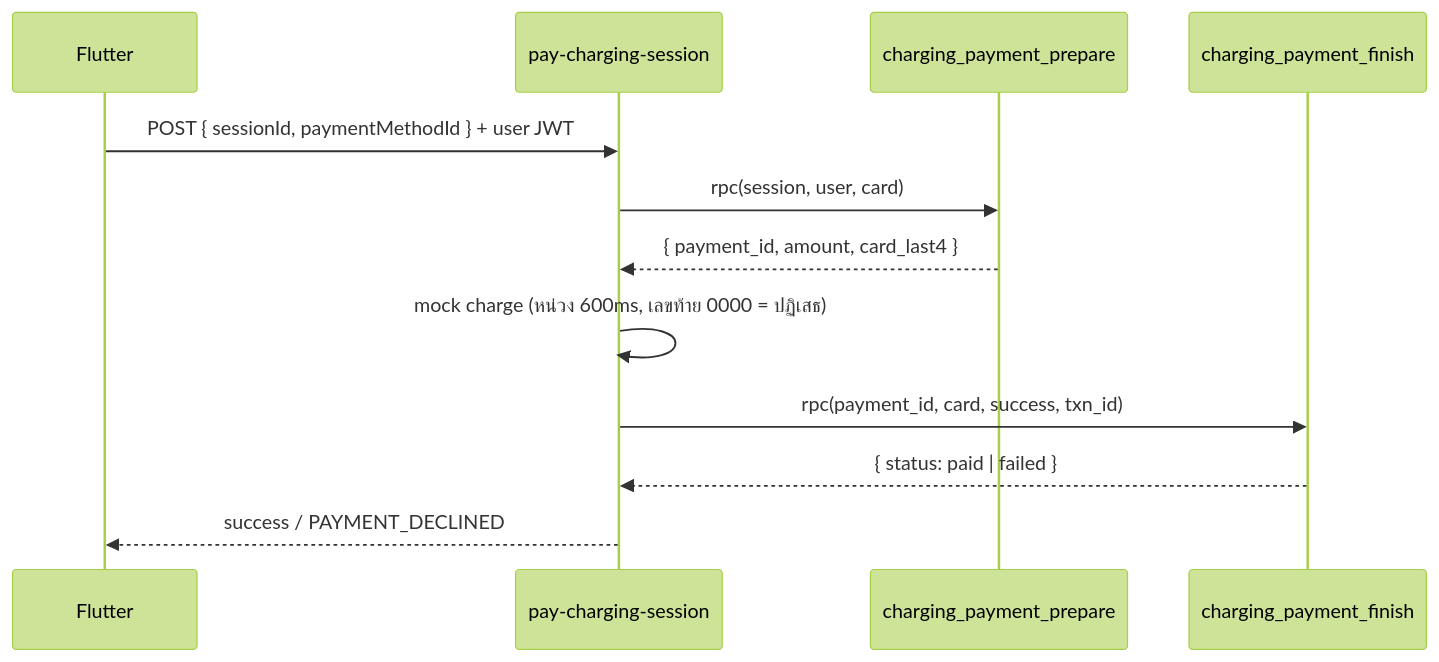
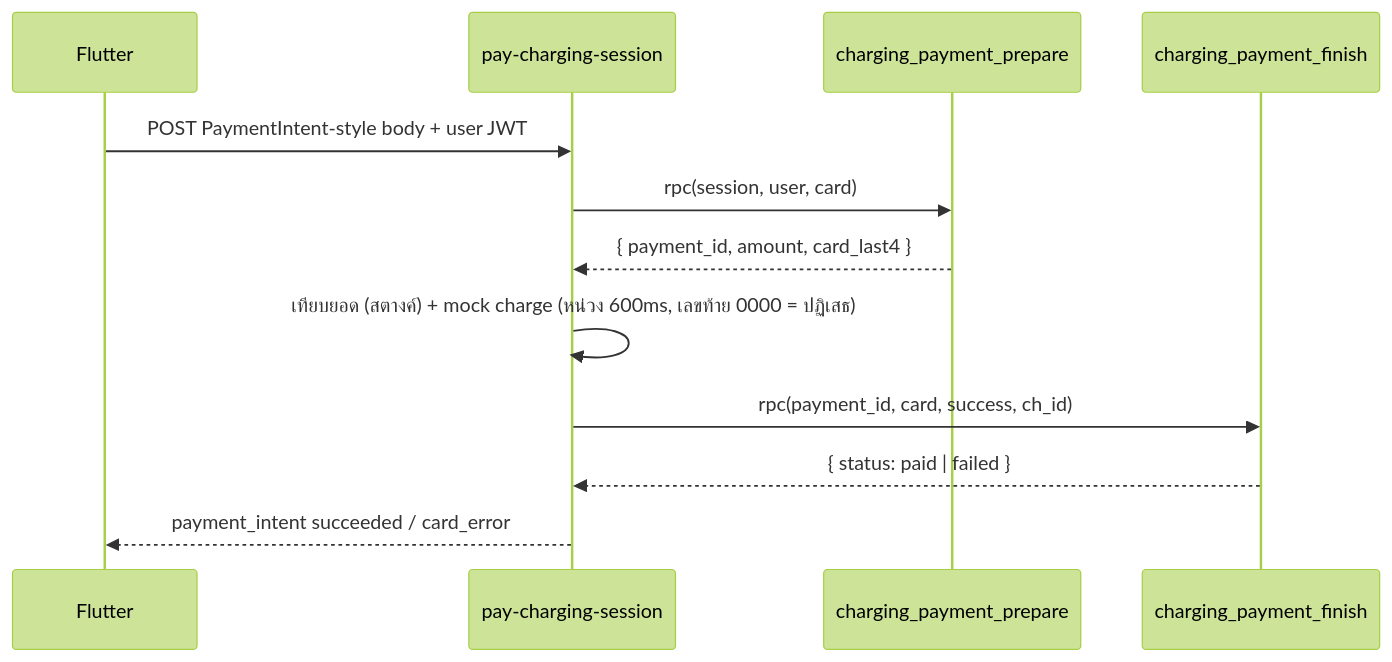
One commit to SarachChar/voltshare changed the fourth of 4 diagrams in supabase/CHARGING_FLOW.md. Above: the diagram before and after it, drawn with Mermaid (forest theme). The commit also changed other lines of this file and 10 other files, not shown here.

First line of the commit message:
feat: Stripe-style mock payment APIs (booking fee, charging, refund)

````diff
--- a/supabase/CHARGING_FLOW.md
+++ b/supabase/CHARGING_FLOW.md
@@ -334,14 +359,14 @@
 ```mermaid
 sequenceDiagram
     participant App as Flutter
     participant P as pay-charging-session
     participant Prep as charging_payment_prepare
     participant Fin as charging_payment_finish
-    App->>P: POST { sessionId, paymentMethodId } + user JWT
+    App->>P: POST PaymentIntent-style body + user JWT
     P->>Prep: rpc(session, user, card)
     Prep-->>P: { payment_id, amount, card_last4 }
-    P->>P: mock charge (หน่วง 600ms, เลขท้าย 0000 = ปฏิเสธ)
-    P->>Fin: rpc(payment_id, card, success, txn_id)
+    P->>P: เทียบยอด (สตางค์) + mock charge (หน่วง 600ms, เลขท้าย 0000 = ปฏิเสธ)
+    P->>Fin: rpc(payment_id, card, success, ch_id)
     Fin-->>P: { status: paid | failed }
-    P-->>App: success / PAYMENT_DECLINED
+    P-->>App: payment_intent succeeded / card_error
 ```
````
